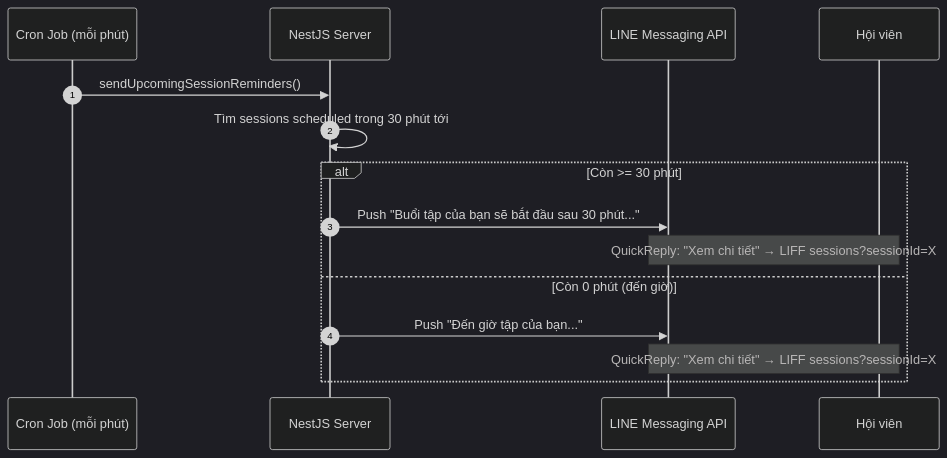
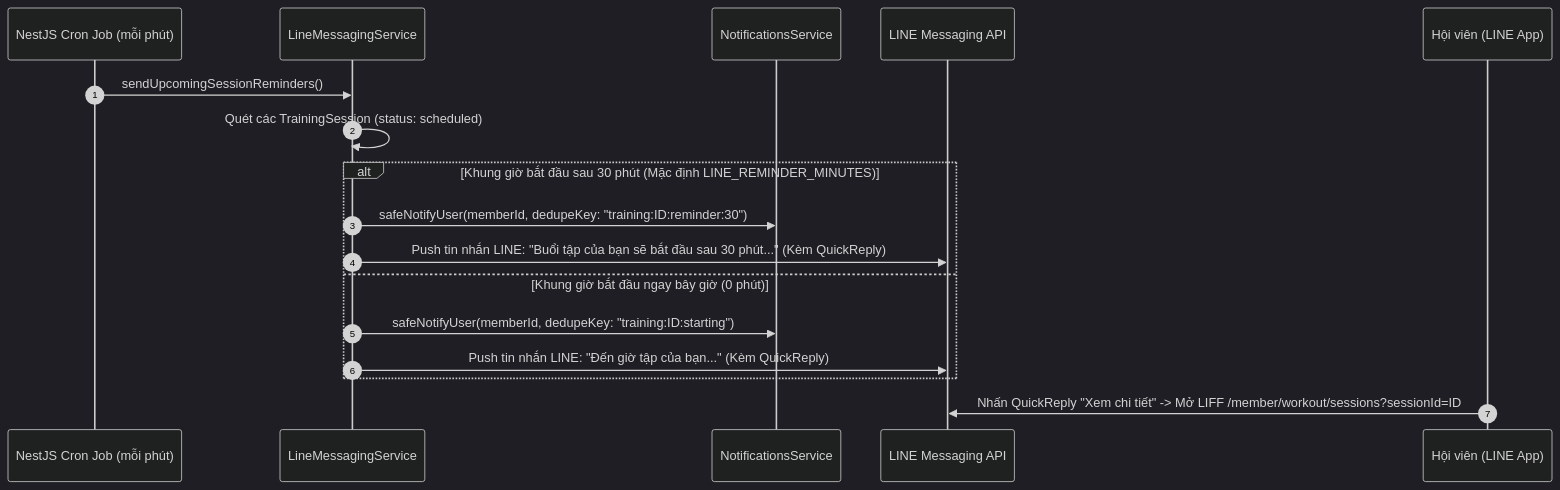
The third of 3 diagrams in docs/VI/Design/BUSINESS-SPEC-line-rich-menu-pt-booking.md (lethanhan01/gym-management-system), drawn with Mermaid (dark theme) before and after one commit. The commit also changed other lines of this file and 7 other files, not shown here.

Commit message:
Thêm LINE mock để test các tính năng message

````diff
--- a/docs/VI/Design/BUSINESS-SPEC-line-rich-menu-pt-booking.md
+++ b/docs/VI/Design/BUSINESS-SPEC-line-rich-menu-pt-booking.md
@@ -156,18 +190,22 @@
 ```mermaid
 sequenceDiagram
     autonumber
-    participant Cron as Cron Job (mỗi phút)
-    participant Server as NestJS Server
+    participant Cron as NestJS Cron Job (mỗi phút)
+    participant Service as LineMessagingService
+    participant Notif as NotificationsService
     participant LINE as LINE Messaging API
-    participant Member as Hội viên
+    participant Member as Hội viên (LINE App)
 
-    Cron->>Server: sendUpcomingSessionReminders()
-    Server->>Server: Tìm sessions scheduled trong 30 phút tới
-    alt Còn >= 30 phút
-        Server->>LINE: Push "Buổi tập của bạn sẽ bắt đầu sau 30 phút..."
-        Note over LINE,Member: QuickReply: "Xem chi tiết" → LIFF sessions?sessionId=X
-    else Còn 0 phút (đến giờ)
-        Server->>LINE: Push "Đến giờ tập của bạn..."
-        Note over LINE,Member: QuickReply: "Xem chi tiết" → LIFF sessions?sessionId=X
+    Cron->>Service: sendUpcomingSessionReminders()
+    Service->>Service: Quét các TrainingSession (status: scheduled)
+    
+    alt Khung giờ bắt đầu sau 30 phút (Mặc định LINE_REMINDER_MINUTES)
+        Service->>Notif: safeNotifyUser(memberId, dedupeKey: "training:ID:reminder:30")
+        Service->>LINE: Push tin nhắn LINE: "Buổi tập của bạn sẽ bắt đầu sau 30 phút..." (Kèm QuickReply)
+    else Khung giờ bắt đầu ngay bây giờ (0 phút)
+        Service->>Notif: safeNotifyUser(memberId, dedupeKey: "training:ID:starting")
+        Service->>LINE: Push tin nhắn LINE: "Đến giờ tập của bạn..." (Kèm QuickReply)
     end
+    
+    Member->>LINE: Nhấn QuickReply "Xem chi tiết" -> Mở LIFF /member/workout/sessions?sessionId=ID
 ```
````
